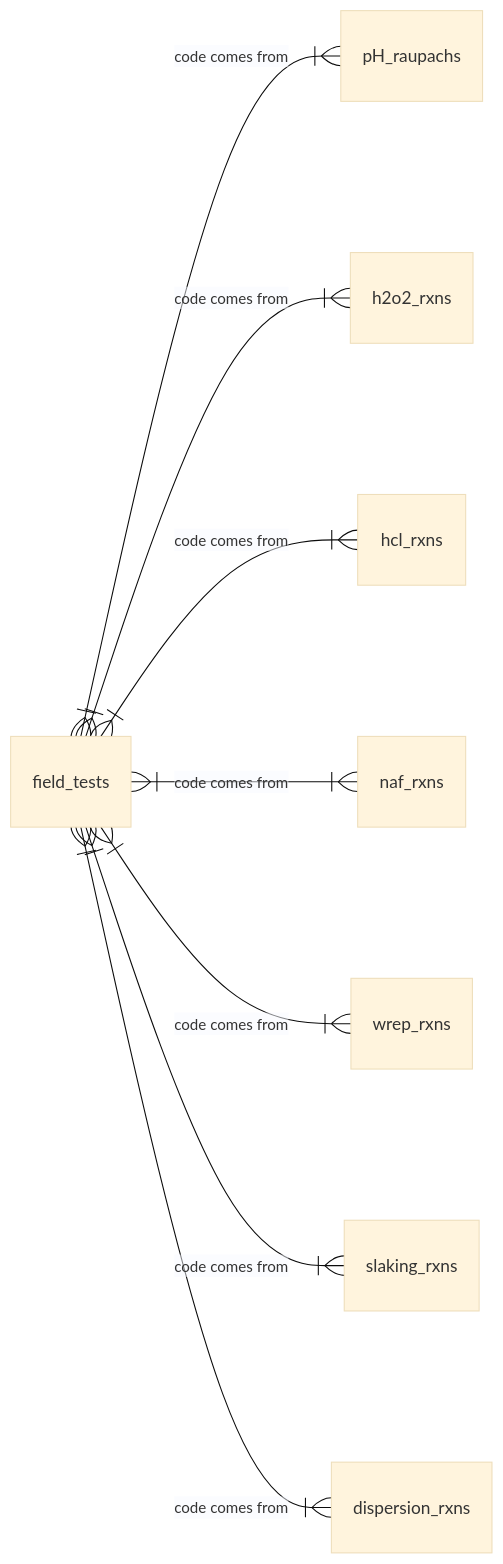
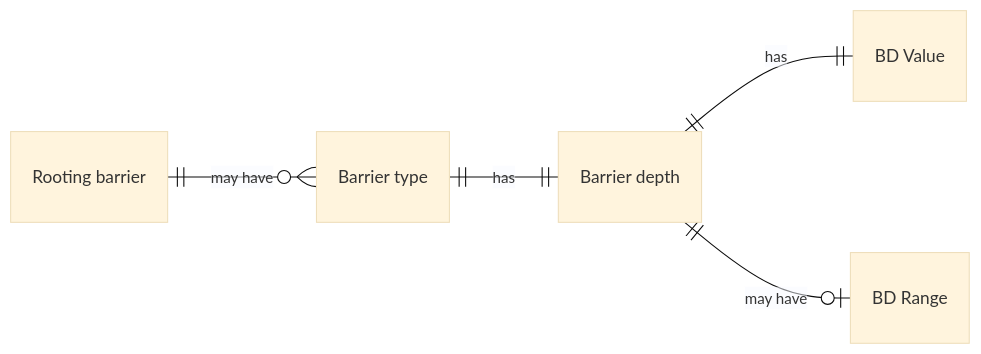
One commit to manaakiwhenua/NZ_soildesc_2024 changed diagram 19 of 19 in ap_data_model.qmd. Above: the diagram before and after it, drawn with Mermaid (base theme). The commit also changed other lines of this file, not shown here.

````diff
--- a/ap_data_model.qmd
+++ b/ap_data_model.qmd
@@ -1747,15 +659,12 @@
 ```{mermaid}
-%%| label: fig-mhorfto
-%%| fig-cap: "Horizon field tests - Overview"
+%%| label: fig-erd-prf-int-rb
+%%| fig-cap: "Profile - Interpreted Properties - Rooting barriers"
 
 erDiagram
   direction LR
-  field_tests }|--|{ pH_raupachs : "code comes from"
-  field_tests }|--|{ h2o2_rxns : "code comes from"
-  field_tests }|--|{ hcl_rxns : "code comes from"
-  field_tests }|--|{ naf_rxns : "code comes from"
-  field_tests }|--|{ wrep_rxns : "code comes from"
-  field_tests }|--|{ slaking_rxns : "code comes from"
-  field_tests }|--|{ dispersion_rxns : "code comes from"
+  "Rooting barrier" ||--o{ "Barrier type" : "may have"
+    "Barrier type" ||--|| "Barrier depth" : "has"
+      "Barrier depth" ||--|| "BD Value" : "has"
+      "Barrier depth" ||--o| "BD Range" : "may have"
 
 ```
````
